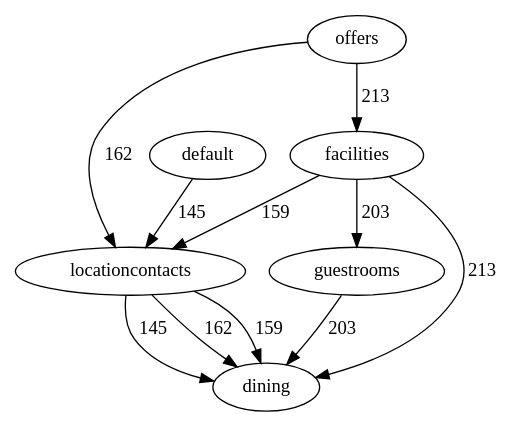
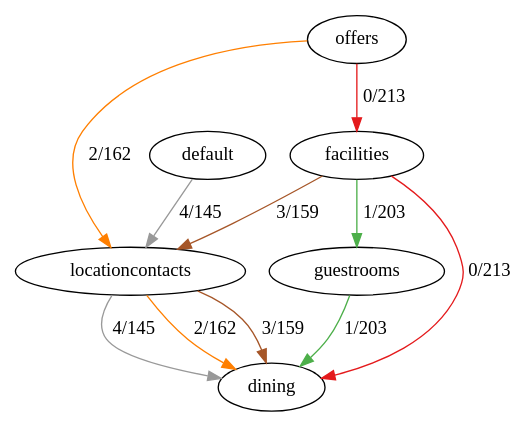
One commit to alexcu/sit742-a2-report changed the diagram in dot/smartphone_requests.dot. Above: the diagram before and after it, drawn with Graphviz. The commit also changed 32 other files, not shown here.

Commit message:
Update dot graphs for latest coloring

```diff
--- a/dot/smartphone_requests.dot
+++ b/dot/smartphone_requests.dot
@@ -1,19 +1,19 @@
 digraph "" {
 layout="dot";
 locationcontacts;
 dining;
 default;
 facilities;
 offers;
 guestrooms;
-locationcontacts -> dining  [key=0, label=162, weight=162];
-locationcontacts -> dining  [key=1, label=159, weight=159];
-locationcontacts -> dining  [key=2, label=145, weight=145];
-default -> locationcontacts  [key=0, label=145, weight=145];
-facilities -> dining  [key=0, label=213, weight=213];
-facilities -> guestrooms  [key=0, label=203, weight=203];
-facilities -> locationcontacts  [key=0, label=159, weight=159];
-offers -> facilities  [key=0, label=213, weight=213];
-offers -> locationcontacts  [key=0, label=162, weight=162];
-guestrooms -> dining  [key=0, label=203, weight=203];
+locationcontacts -> dining  [color="#ff7f00", key=0, label="2/162", weight=162];
+locationcontacts -> dining  [color="#a65628", key=1, label="3/159", weight=159];
+locationcontacts -> dining  [color="#999999", key=2, label="4/145", weight=145];
+default -> locationcontacts  [color="#999999", key=0, label="4/145", weight=145];
+facilities -> dining  [color="#e41a1c", key=0, label="0/213", weight=213];
+facilities -> guestrooms  [color="#4daf4a", key=0, label="1/203", weight=203];
+facilities -> locationcontacts  [color="#a65628", key=0, label="3/159", weight=159];
+offers -> facilities  [color="#e41a1c", key=0, label="0/213", weight=213];
+offers -> locationcontacts  [color="#ff7f00", key=0, label="2/162", weight=162];
+guestrooms -> dining  [color="#4daf4a", key=0, label="1/203", weight=203];
 }
```
